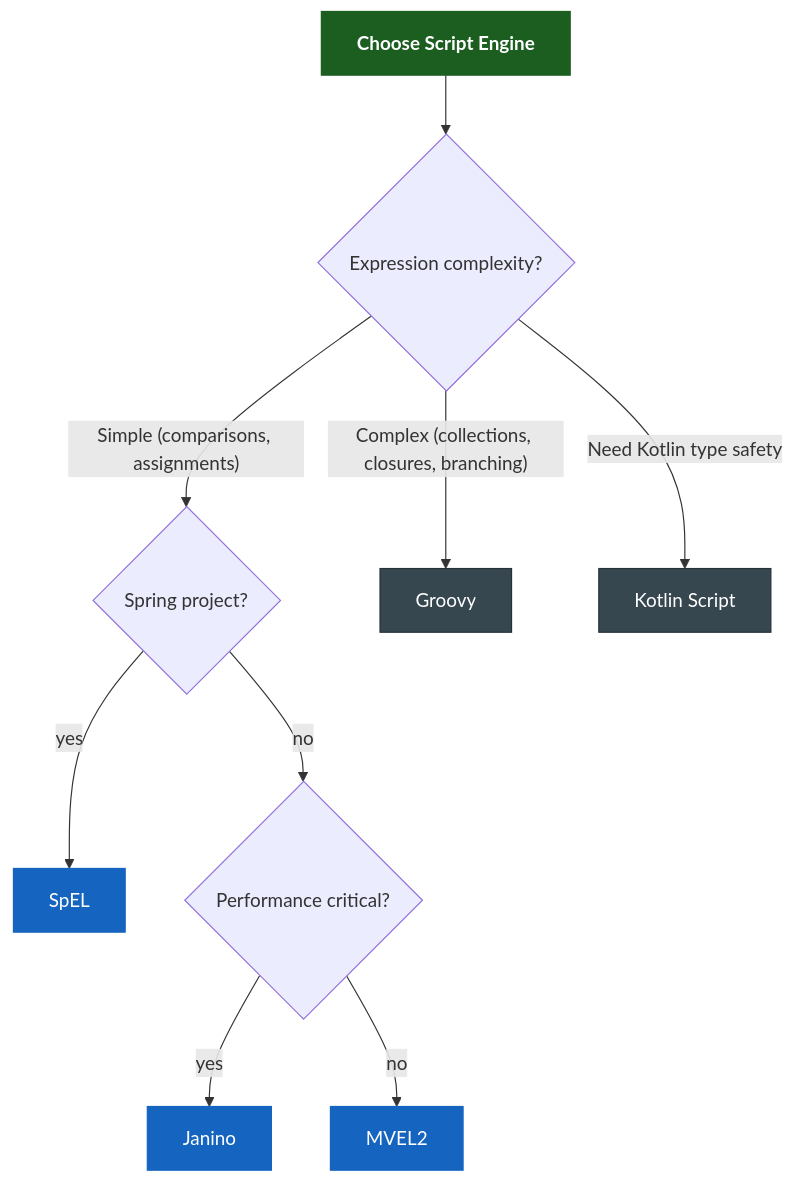
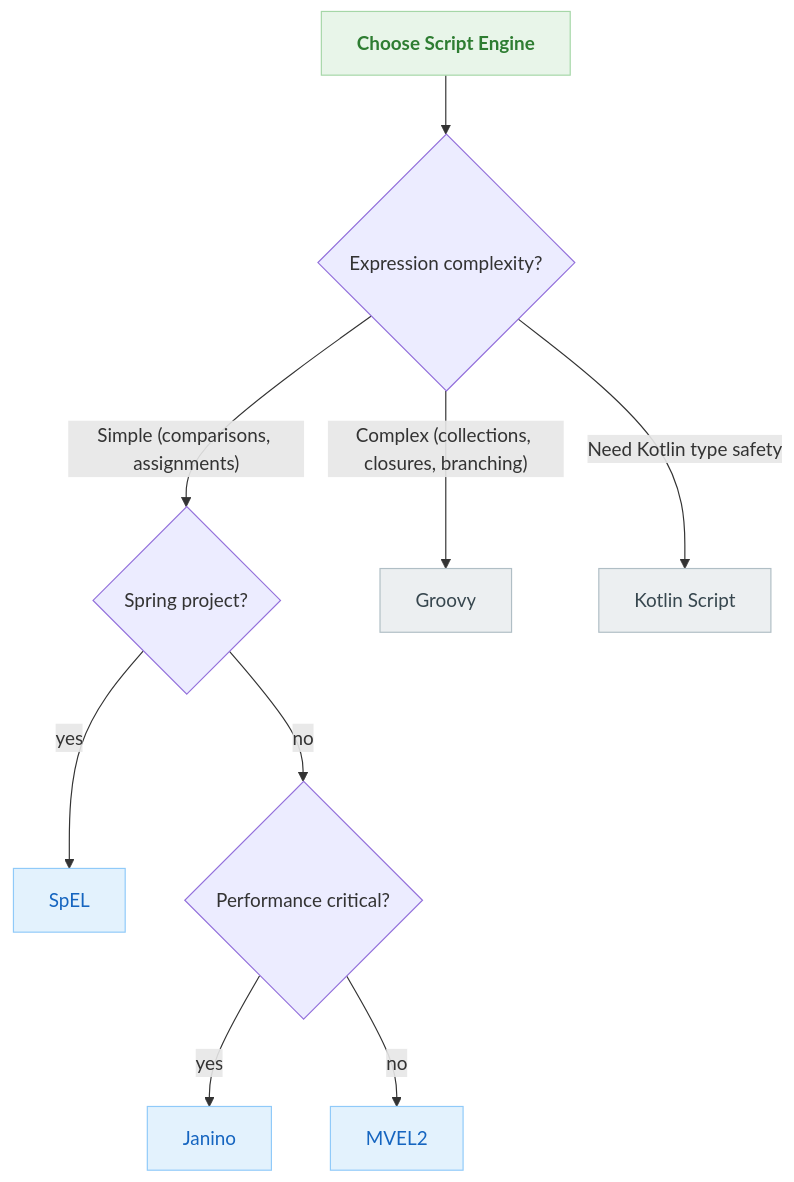
The eighth of 8 diagrams in utils/rule-engine/README.md (bluetape4k/bluetape4k-projects), drawn with Mermaid before and after one commit. The commit also changed other lines of this file and 219 other files, not shown here.

First line of the commit message:
docs: 전체 README Mermaid 다이어그램 가이드 적용

````diff
--- a/utils/rule-engine/README.md
+++ b/utils/rule-engine/README.md
@@ -428,19 +428,19 @@
 ```mermaid
 flowchart TD
     A[Choose Script Engine] --> B{Expression complexity?}
     B -->|"Simple (comparisons, assignments)"| C{Spring project?}
     C -->|yes| D[SpEL]
     C -->|no| E{Performance critical?}
     E -->|yes| F[Janino]
     E -->|no| G[MVEL2]
     B -->|"Complex (collections, closures, branching)"| H[Groovy]
     B -->|"Need Kotlin type safety"| I[Kotlin Script]
 
-    classDef coreStyle fill:#1B5E20,stroke:#1B5E20,color:#FFFFFF,font-weight:bold
-    classDef serviceStyle fill:#1565C0,stroke:#1565C0,color:#FFFFFF
-    classDef extStyle fill:#37474F,stroke:#263238,color:#FFFFFF
+    classDef coreStyle fill:#E8F5E9,stroke:#A5D6A7,color:#2E7D32,font-weight:bold
+    classDef serviceStyle fill:#E3F2FD,stroke:#90CAF9,color:#1565C0
+    classDef extStyle fill:#ECEFF1,stroke:#B0BEC5,color:#37474F
 
     class A coreStyle
     class D,F,G serviceStyle
     class H,I extStyle
 ```
````
